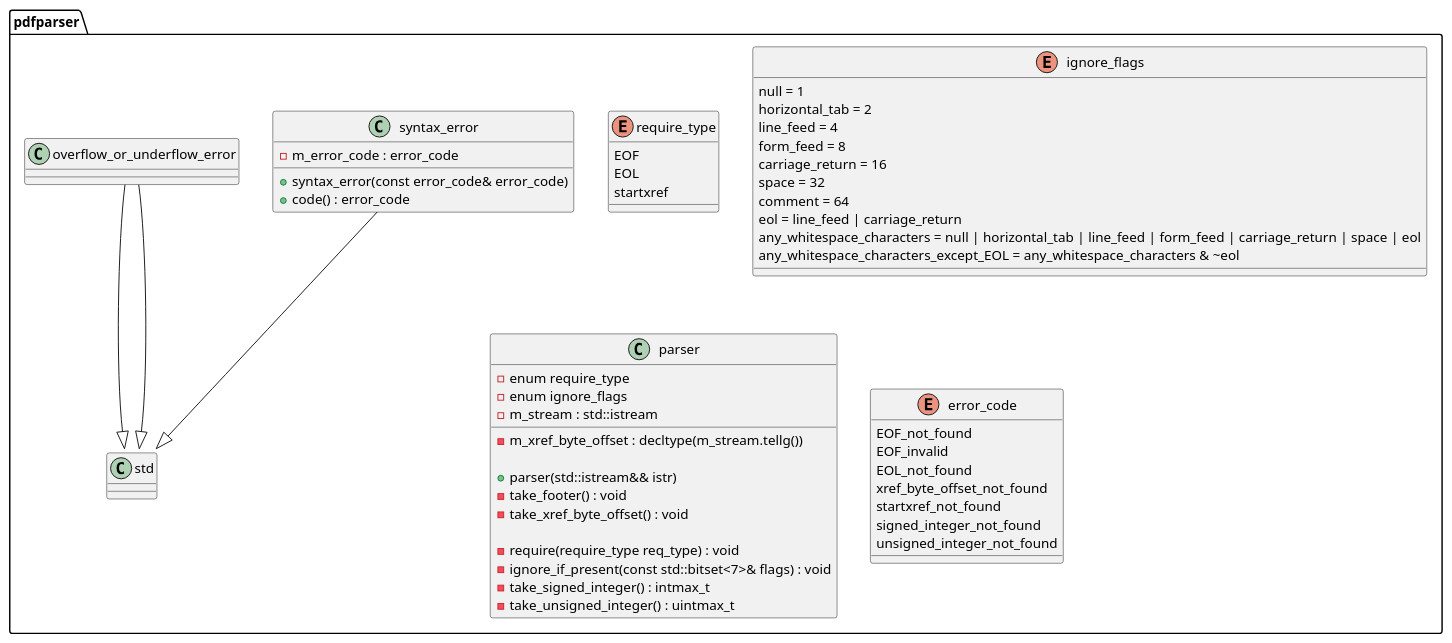
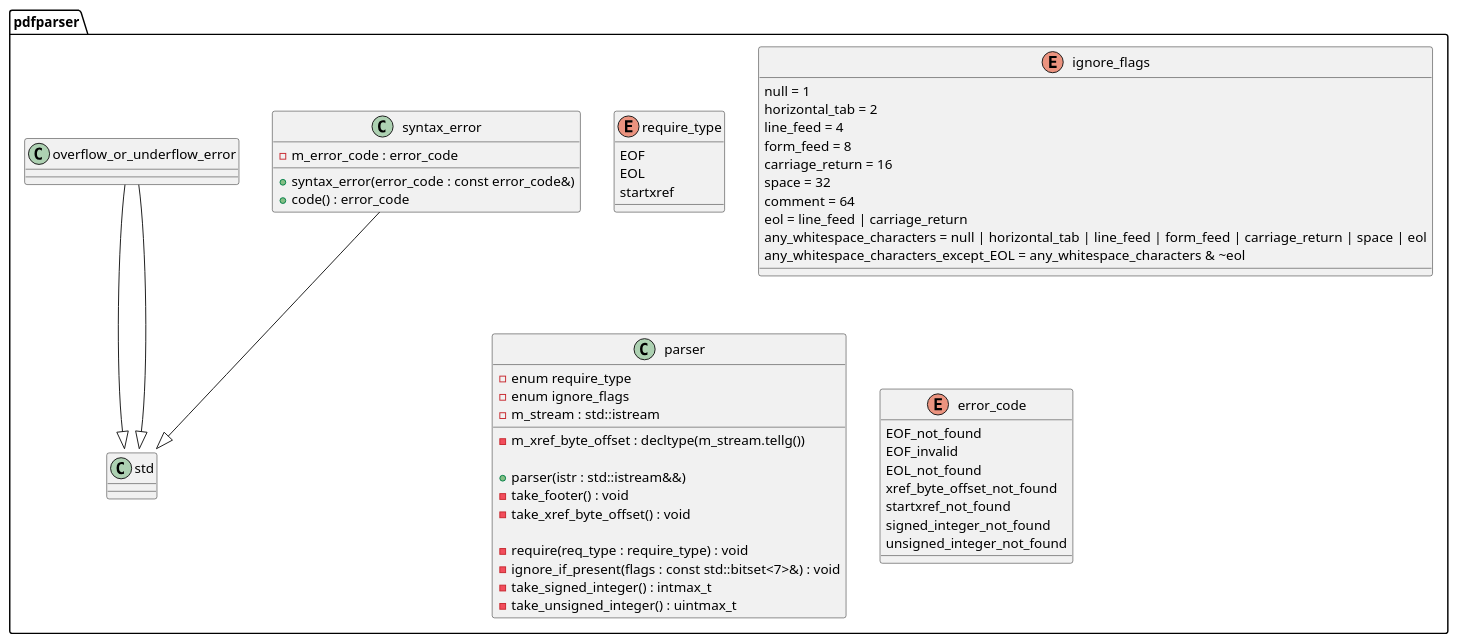
One commit to KodaiYM/PDFReader changed the diagram in document/parser.class.pu. Above: the diagram before and after it, drawn with PlantUML. The commit also changed 1 other file, not shown here.

Commit message:
クラス図において、関数の仮引数の型を後ろに : *** で書くように変更した

```diff
--- a/document/parser.class.pu
+++ b/document/parser.class.pu
@@ -1,56 +1,56 @@
 @startuml parser
 namespace pdfparser {
 enum require_type {
 	EOF
 	EOL
 	startxref
 }
 enum ignore_flags {
 	null = 1
 	horizontal_tab = 2
 	line_feed = 4
 	form_feed = 8
 	carriage_return = 16
 	space = 32
 	comment = 64
 	eol = line_feed | carriage_return
 	any_whitespace_characters = null | horizontal_tab | line_feed | form_feed | carriage_return | space | eol
 	any_whitespace_characters_except_EOL = any_whitespace_characters & ~eol
 }
 class parser {
 	-enum require_type
 	-enum ignore_flags
 	-m_stream : std::istream
 	-m_xref_byte_offset : decltype(m_stream.tellg())
 
-	+parser(std::istream&& istr)
+	+parser(istr : std::istream&&)
 	-take_footer() : void
 	-take_xref_byte_offset() : void
 
-	-require(require_type req_type) : void
-	-ignore_if_present(const std::bitset<7>& flags) : void
+	-require(req_type : require_type) : void
+	-ignore_if_present(flags : const std::bitset<7>&) : void
 	-take_signed_integer() : intmax_t
 	-take_unsigned_integer() : uintmax_t
 }
 enum error_code {
 	EOF_not_found
 	EOF_invalid
 	EOL_not_found
 	xref_byte_offset_not_found
 	startxref_not_found
 	signed_integer_not_found
 	unsigned_integer_not_found
 }
 class syntax_error {
 	-m_error_code : error_code
 
-	+syntax_error(const error_code& error_code)
+	+syntax_error(error_code : const error_code&)
 	+code() : error_code
 }
 syntax_error --|> std::runtime_error
 class overflow_or_underflow_error {
 }
 overflow_or_underflow_error --|> std::overflow_error
 overflow_or_underflow_error --|> std::underflow_error
 }
 @enduml
```
